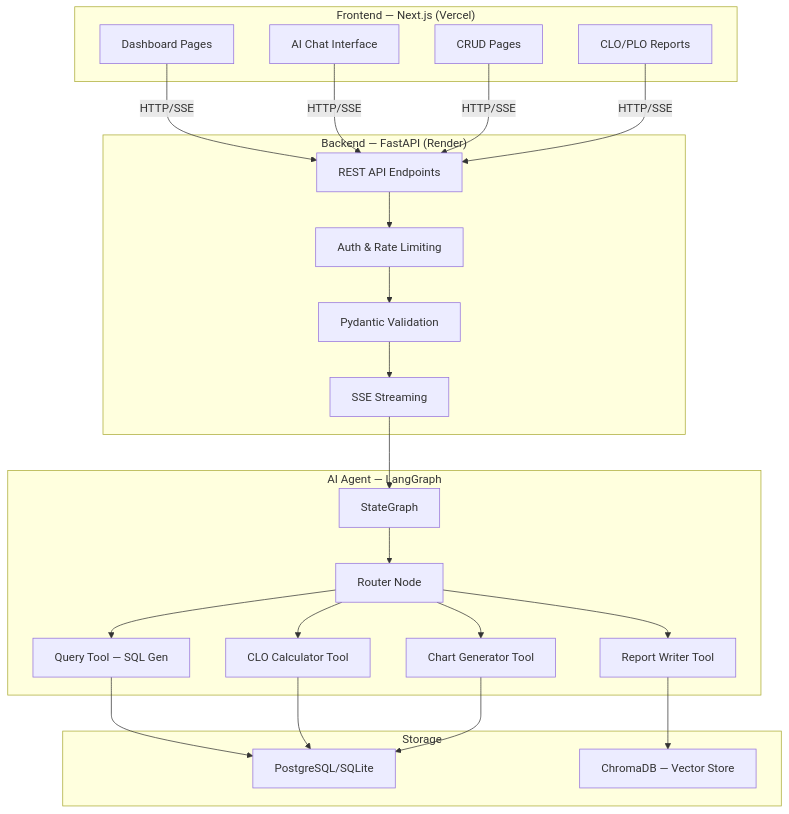
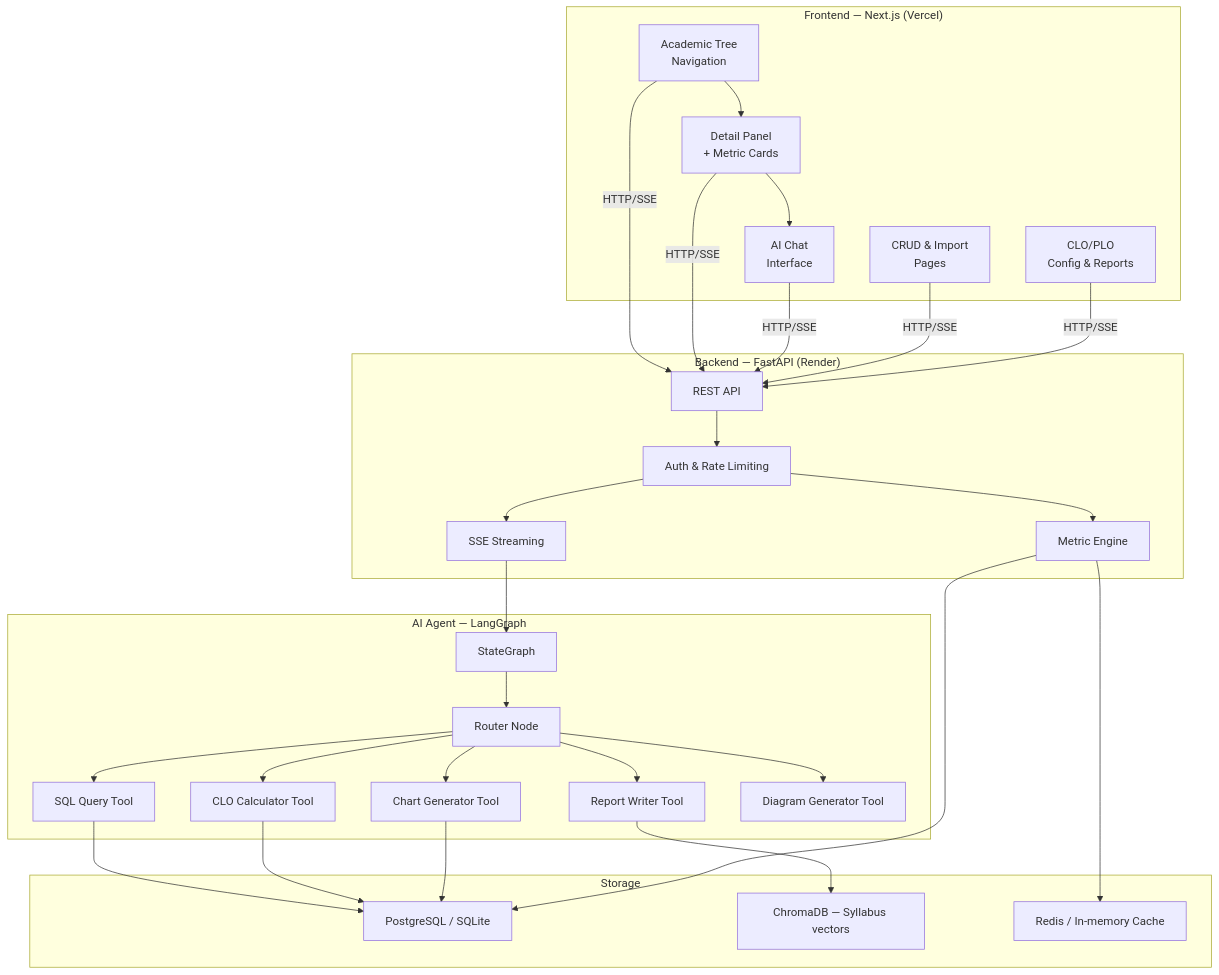
Before and after one commit to ritvien/-Learning-Analytics-AI: the fourth of 6 diagrams in docs/02-PRD/PRD.md, drawn with Mermaid. The commit also changed other lines of this file and 5 other files, not shown here.

````diff
--- a/docs/02-PRD/PRD.md
+++ b/docs/02-PRD/PRD.md
@@ -85,41 +238,45 @@
 ```mermaid
 graph TB
     subgraph "Frontend — Next.js (Vercel)"
-        A["Dashboard Pages"]
-        B["AI Chat Interface"]
-        C["CRUD Pages"]
-        D["CLO/PLO Reports"]
+        A["Academic Tree<br/>Navigation"]
+        B["Detail Panel<br/>+ Metric Cards"]
+        C["AI Chat<br/>Interface"]
+        D["CRUD & Import<br/>Pages"]
+        E["CLO/PLO<br/>Config & Reports"]
     end
 
     subgraph "Backend — FastAPI (Render)"
-        E["REST API Endpoints"]
-        F["Auth & Rate Limiting"]
-        G["Pydantic Validation"]
-        H["SSE Streaming"]
+        F["REST API"]
+        G["Auth & Rate Limiting"]
+        H["Metric Engine"]
+        I["SSE Streaming"]
     end
 
     subgraph "AI Agent — LangGraph"
-        I["StateGraph"]
-        J["Router Node"]
-        K["Query Tool — SQL Gen"]
-        L["CLO Calculator Tool"]
-        M["Chart Generator Tool"]
-        N["Report Writer Tool"]
+        J["StateGraph"]
+        K["Router Node"]
+        L["SQL Query Tool"]
+        M["CLO Calculator Tool"]
+        N["Chart Generator Tool"]
+        O["Report Writer Tool"]
+        P["Diagram Generator Tool"]
     end
 
     subgraph "Storage"
-        O["PostgreSQL/SQLite"]
-        P["ChromaDB — Vector Store"]
+        Q["PostgreSQL / SQLite"]
+        R["ChromaDB — Syllabus vectors"]
+        S["Redis / In-memory Cache"]
     end
 
-    A & B & C & D -->|HTTP/SSE| E
-    E --> F --> G
-    G --> H
-    H --> I
-    I --> J
-    J --> K & L & M & N
-    K --> O
-    L --> O
-    M --> O
-    N --> P
+    A --> B --> C
+    A & B & C & D & E -->|HTTP/SSE| F
+    F --> G --> H
+    G --> I --> J
+    J --> K
+    K --> L & M & N & O & P
+    L & M --> Q
+    N --> Q
+    O --> R
+    H --> Q
+    H --> S
 ```
````
